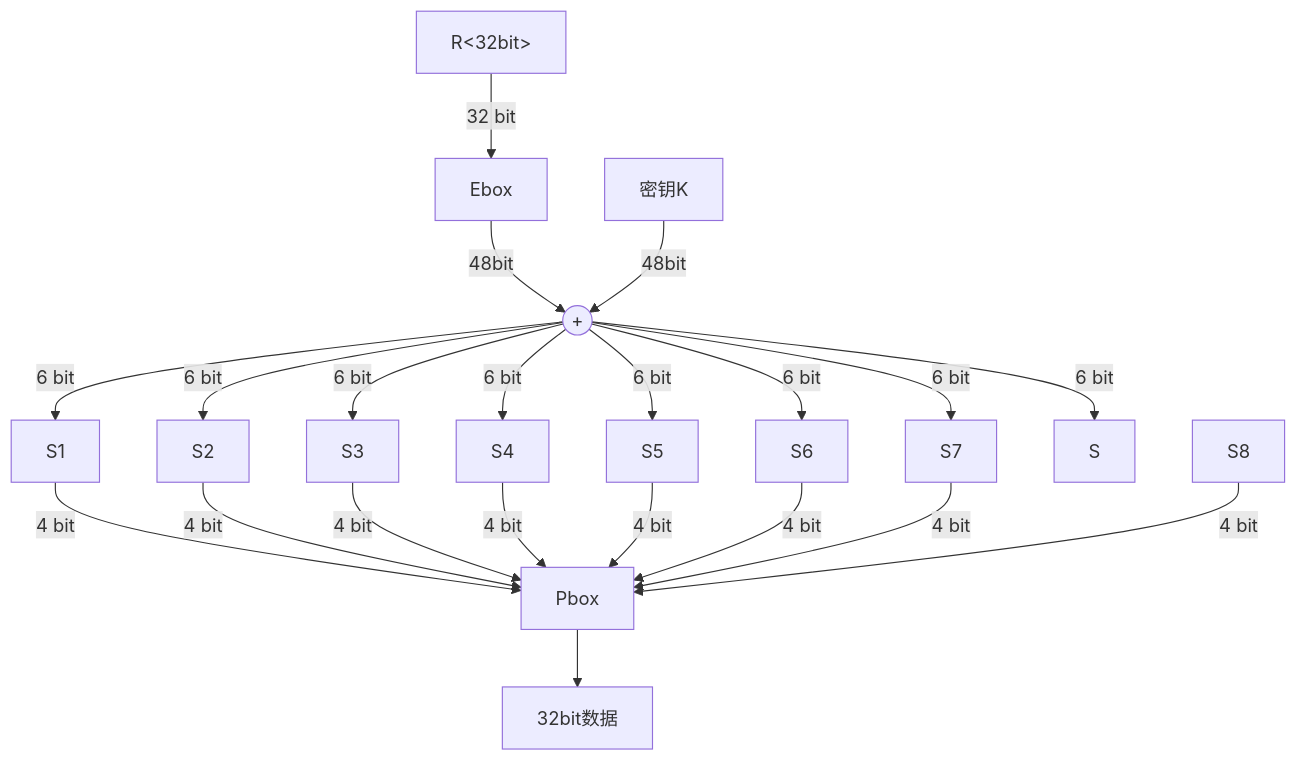
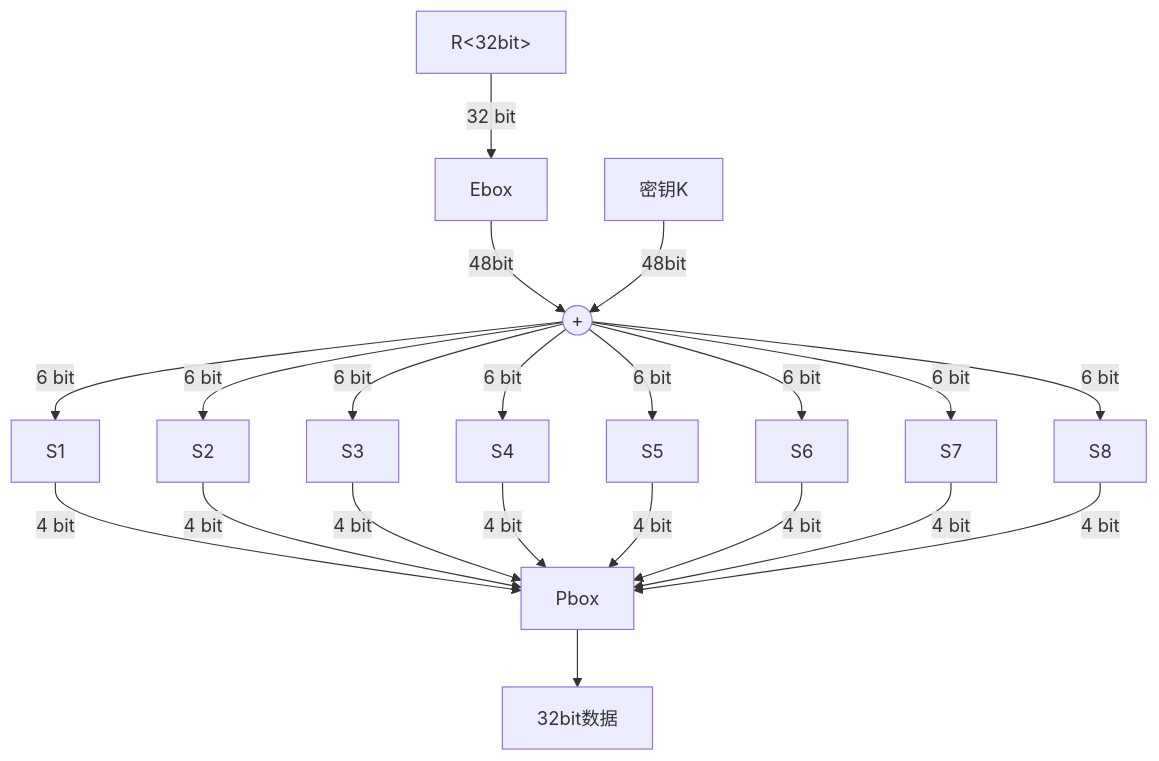
The diagram in _posts/2024-04-26-cryptography.markdown (ztracer/ztracer.github.io), drawn with Mermaid before and after one commit. The commit also changed other lines of this file and 9 other files, not shown here.

````diff
--- a/_posts/2024-04-26-cryptography.markdown
+++ b/_posts/2024-04-26-cryptography.markdown
@@ -88,23 +461,23 @@
-            ```mermaid
-            graph TD
-            R["R<32bit>"] -->|32 bit| Ebox
-            Ebox -- 48bit --> +((+))
-            密钥K -- 48bit --> +
-            + -->|6 bit| S1
-            + -->|6 bit| S2
-            + -->|6 bit| S3
-            + -->|6 bit| S4
-            + -->|6 bit| S5
-            + -->|6 bit| S6
-            + -->|6 bit| S7
-            + -->|6 bit| S
-            S1 -->|4 bit| Pbox
-            S2 -->|4 bit| Pbox
-            S3 -->|4 bit| Pbox
-            S4 -->|4 bit| Pbox
-            S5 -->|4 bit| Pbox
-            S6 -->|4 bit| Pbox
-            S7 -->|4 bit| Pbox
-            S8 -->|4 bit| Pbox
-            Pbox --> Result[32bit数据]
-            ``` 
+```mermaid
+    graph TD
+    R["R<32bit>"] -->|32 bit| Ebox
+    Ebox -- 48bit --> +((+))
+    密钥K -- 48bit --> +
+    + -->|6 bit| S1
+    + -->|6 bit| S2
+    + -->|6 bit| S3
+    + -->|6 bit| S4
+    + -->|6 bit| S5
+    + -->|6 bit| S6
+    + -->|6 bit| S7
+    + -->|6 bit| S8
+    S1 -->|4 bit| Pbox
+    S2 -->|4 bit| Pbox
+    S3 -->|4 bit| Pbox
+    S4 -->|4 bit| Pbox
+    S5 -->|4 bit| Pbox
+    S6 -->|4 bit| Pbox
+    S7 -->|4 bit| Pbox
+    S8 -->|4 bit| Pbox
+    Pbox --> Result[32bit数据]
+``` 
````
